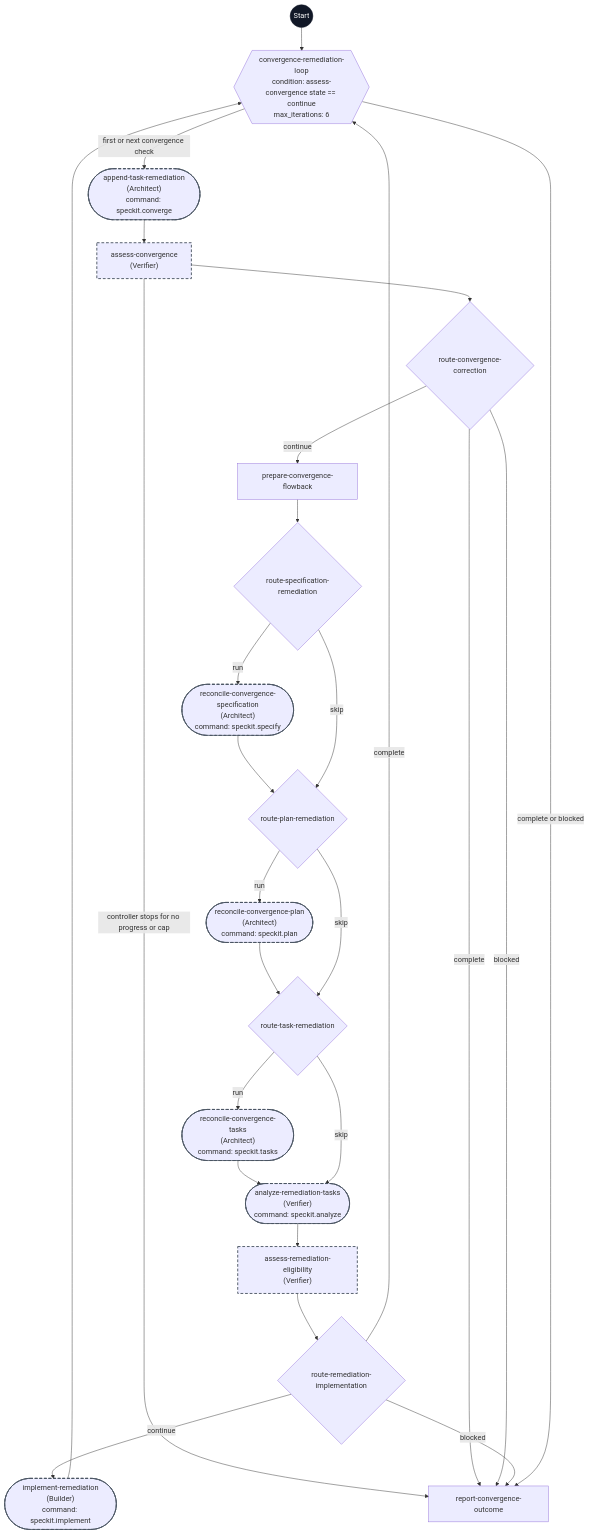
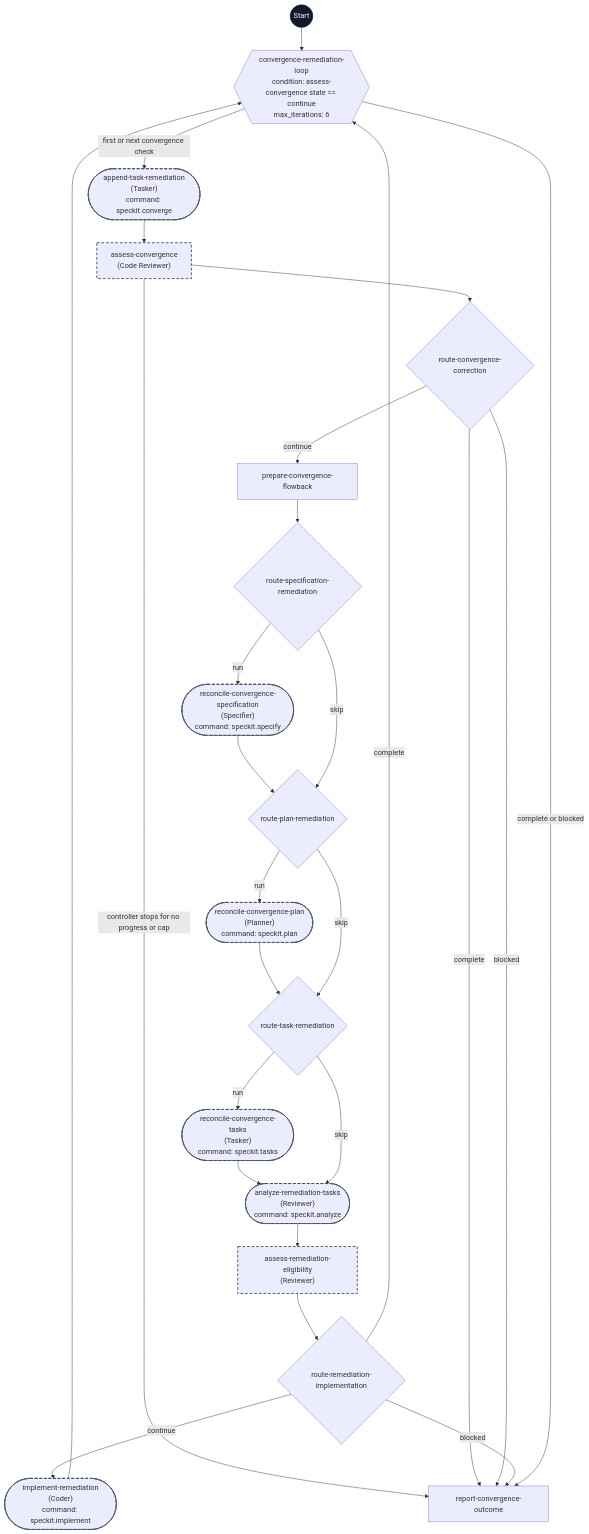
One commit to pegagio/spec-kit-flow changed the diagram in workflows/speckit-flow-converge/flowchart.md. Above: the diagram before and after it, drawn with Mermaid. The commit also changed other lines of this file and 85 other files, not shown here.

Commit message:
Checkpoint flow-kit workflows

````diff
--- a/workflows/speckit-flow-converge/flowchart.md
+++ b/workflows/speckit-flow-converge/flowchart.md
@@ -7,47 +7,47 @@
 ```mermaid
 flowchart TD
     start((Start))
     loop{{"convergence-remediation-loop<br/>condition: assess-convergence state == continue<br/>max_iterations: 6"}}
-    converge(["append-task-remediation<br/>(Architect)<br/>command: speckit.converge"])
-    assess["assess-convergence<br/>(Verifier)"]
+    converge(["append-task-remediation<br/>(Tasker)<br/>command: speckit.converge"])
+    assess["assess-convergence<br/>(Code Reviewer)"]
     correctionRoute@{ shape: diam, label: "route-convergence-correction" }
     prepare["prepare-convergence-flowback"]
     specRoute@{ shape: diam, label: "route-specification-remediation" }
-    spec(["reconcile-convergence-specification<br/>(Architect)<br/>command: speckit.specify"])
+    spec(["reconcile-convergence-specification<br/>(Specifier)<br/>command: speckit.specify"])
     planRoute@{ shape: diam, label: "route-plan-remediation" }
-    plan(["reconcile-convergence-plan<br/>(Architect)<br/>command: speckit.plan"])
+    plan(["reconcile-convergence-plan<br/>(Planner)<br/>command: speckit.plan"])
     tasksRoute@{ shape: diam, label: "route-task-remediation" }
-    tasks(["reconcile-convergence-tasks<br/>(Architect)<br/>command: speckit.tasks"])
-    analyze(["analyze-remediation-tasks<br/>(Verifier)<br/>command: speckit.analyze"])
-    eligibility["assess-remediation-eligibility<br/>(Verifier)"]
+    tasks(["reconcile-convergence-tasks<br/>(Tasker)<br/>command: speckit.tasks"])
+    analyze(["analyze-remediation-tasks<br/>(Reviewer)<br/>command: speckit.analyze"])
+    eligibility["assess-remediation-eligibility<br/>(Reviewer)"]
     implementRoute@{ shape: diam, label: "route-remediation-implementation" }
-    implement(["implement-remediation<br/>(Builder)<br/>command: speckit.implement"])
+    implement(["implement-remediation<br/>(Coder)<br/>command: speckit.implement"])
     report["report-convergence-outcome"]
 
     start --> loop
     loop -- first or next convergence check --> converge --> assess --> correctionRoute
     assess -- controller stops for no progress or cap --> report
     correctionRoute -- continue --> prepare --> specRoute
     correctionRoute -- complete --> report
     correctionRoute -- blocked --> report
     specRoute -- run --> spec --> planRoute
     specRoute -- skip --> planRoute
     planRoute -- run --> plan --> tasksRoute
     planRoute -- skip --> tasksRoute
     tasksRoute -- run --> tasks --> analyze
     tasksRoute -- skip --> analyze
     analyze --> eligibility --> implementRoute
     implementRoute -- continue --> implement --> loop
     implementRoute -- complete --> loop
     implementRoute -- blocked --> report
     loop -- complete or blocked --> report
 
     classDef delegated stroke:#4b5563,stroke-width:2px,stroke-dasharray:6 4
     class converge,assess,spec,plan,tasks,analyze,eligibility,implement delegated
     style correctionRoute stroke-dasharray:0
     style specRoute stroke-dasharray:0
     style planRoute stroke-dasharray:0
     style tasksRoute stroke-dasharray:0
     style implementRoute stroke-dasharray:0
     style start fill:#111827,stroke:#111827,color:#ffffff
 ```
````
